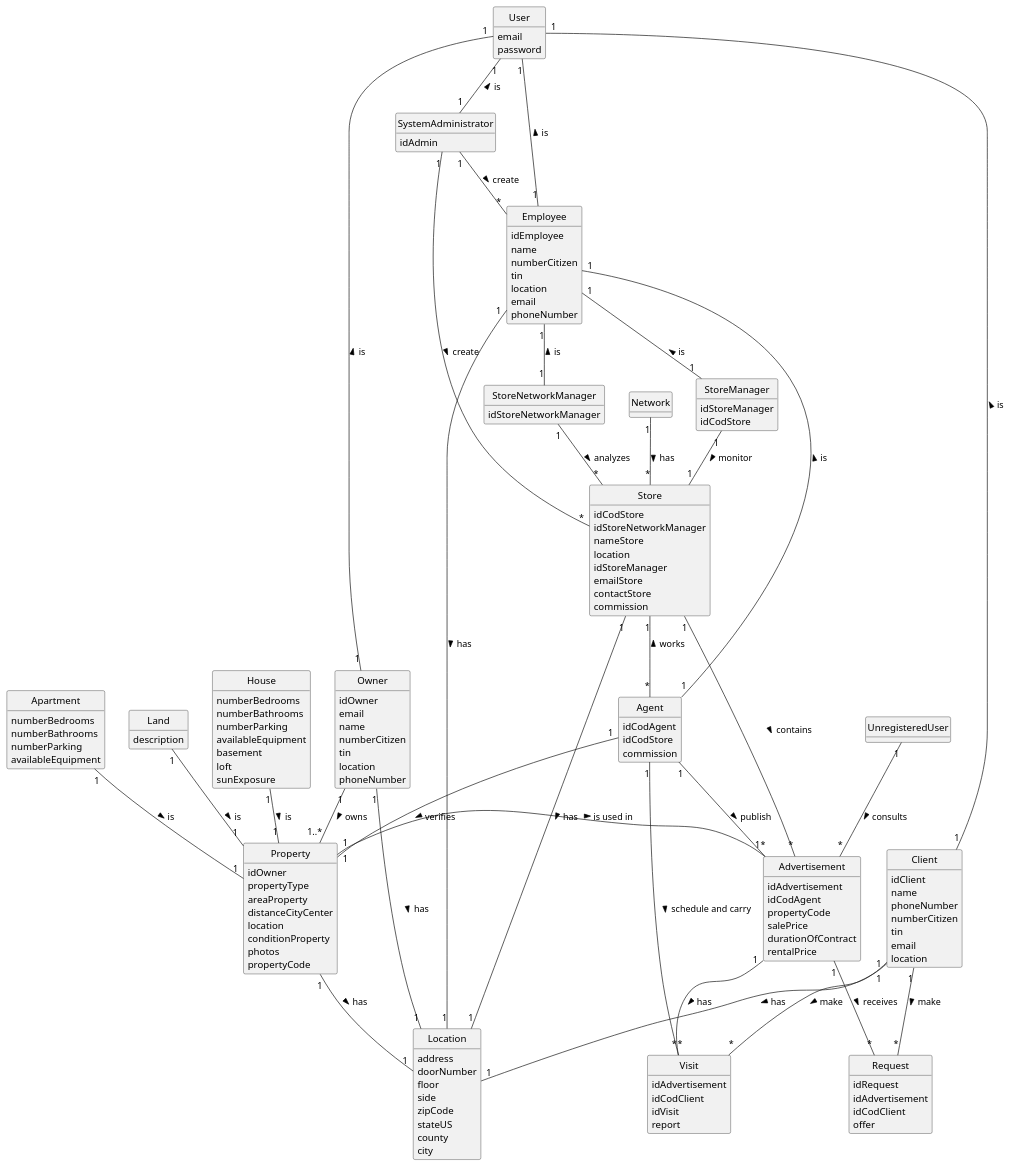
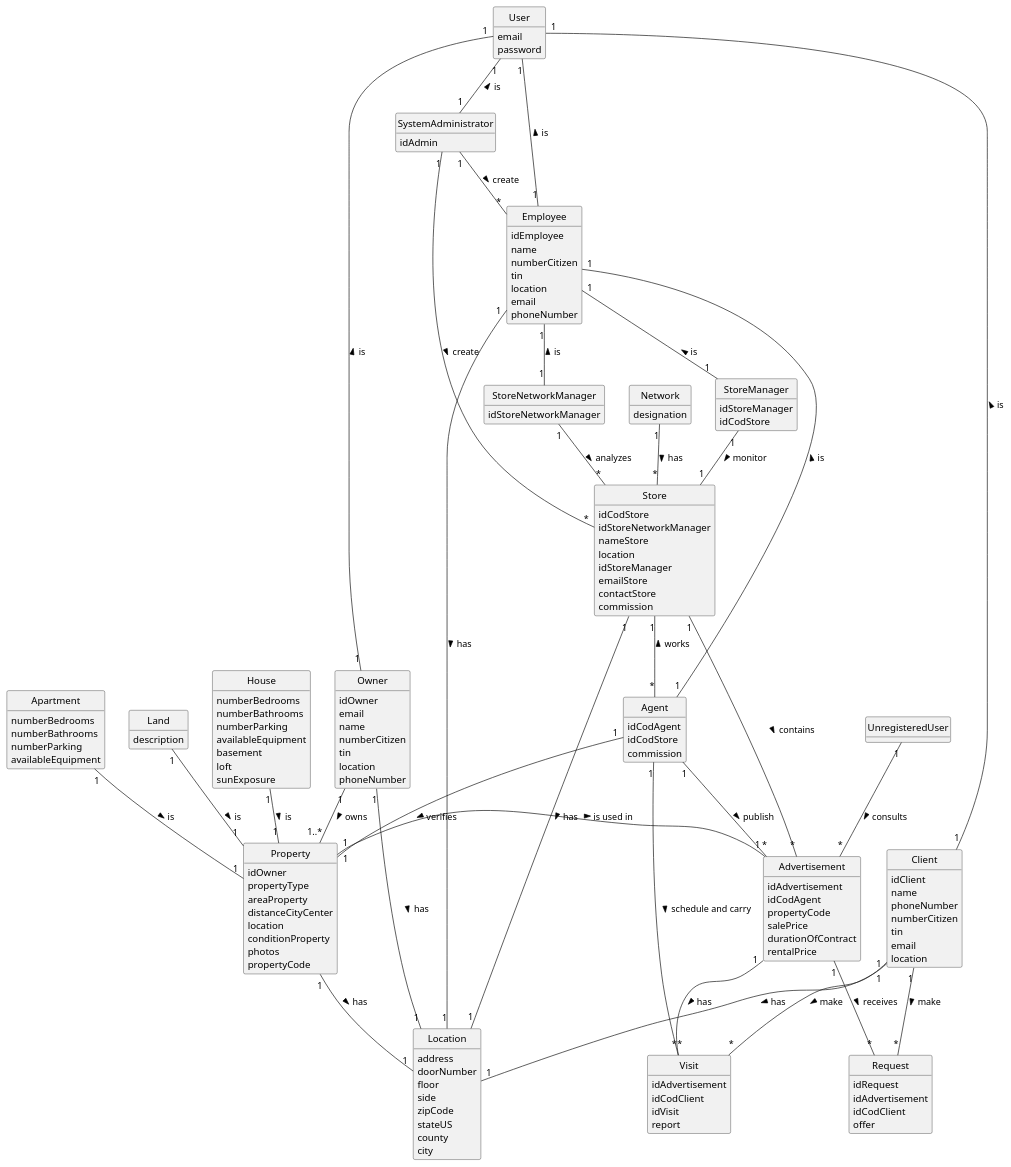
Before and after one commit to PEDROMOREIRA45/lei-23-s2-1dg-g31: the diagram in docs/sprintA/global-artifacts/02.analysis/puml/project-domain-model.puml, drawn with PlantUML. The commit also changed 1 other file, not shown here.

```diff
--- a/docs/sprintA/global-artifacts/02.analysis/puml/project-domain-model.puml
+++ b/docs/sprintA/global-artifacts/02.analysis/puml/project-domain-model.puml
@@ -1,177 +1,179 @@
 @startuml
 'https://plantuml.com/class-diagram
 skinparam monochrome true
 skinparam packageStyle rectangle
 skinparam shadowing false
 hide circle
 hide methods
 
-class Network
+class Network{
+    designation
+}
 
 class Employee{
     idEmployee
     name
     numberCitizen
     tin
     location
     email
     phoneNumber
 }
 
 class Client {
     idClient
     name
     phoneNumber
     numberCitizen
     tin
     email
     location
 }
 
 class Owner {
     idOwner
     email
     name
     numberCitizen
     tin
     location
     phoneNumber
 }
 
 class Agent {
     idCodAgent
     idCodStore
     commission
 }
 
 class Advertisement {
     idAdvertisement
     idCodAgent
     propertyCode
     salePrice
     durationOfContract
     rentalPrice
 }
 
 class Property{
     idOwner
     propertyType
     areaProperty
     distanceCityCenter
     location
     conditionProperty
     photos
     propertyCode
 }
 
 class House {
     numberBedrooms
     numberBathrooms
     numberParking
     availableEquipment
     basement
     loft
     sunExposure
 }
 
 class Apartment{
     numberBedrooms
     numberBathrooms
     numberParking
     availableEquipment
 }
 
 class Land{
     description
 }
 
 class Store{
     idCodStore
     idStoreNetworkManager
     nameStore
     location
     idStoreManager
     emailStore
     contactStore
     commission
 }
 
 class Visit{
     idAdvertisement
     idCodClient
     idVisit
     report
 }
 
 class Location {
     address
     doorNumber
     floor
     side
     zipCode
     stateUS
     county
     city
 }
 
 class StoreManager {
     idStoreManager
     idCodStore
 }
 
 class StoreNetworkManager {
     idStoreNetworkManager
 }
 
 class Request{
     idRequest
     idAdvertisement
     idCodClient
     offer
 }
 
 class User{
     email
     password
 }
 
 class SystemAdministrator{
     idAdmin
 }
 
 class UnregisteredUser
 
 Owner "1" -- "1..*" Property: owns >
 Agent "1" -- "*" Advertisement: publish >
 House "1" -- "1" Property: is >
 Apartment "1" -- "1" Property: is >
 Land "1" -- "1"  Property: is >
 Store "1" -- "*" Agent: works <
 StoreManager "1" -- "1" Store:  monitor >
 Property "1" -- "1" Location: has >
 StoreNetworkManager "1" -- "*" Store:  analyzes >
 Employee "1" -- "1" Agent: is <
 Employee "1" -- "1" StoreManager: is <
 Employee "1" -- "1" StoreNetworkManager: is <
 Advertisement"1" -- "*"Request: receives >
 Client"1" -- "*"Request: make >
 Store"1" -- "1"Location: has >
 Advertisement "1" -- "*" Visit: has >
 Client "1" -- "*" Visit: make >
 Agent "1" -- "*" Visit: schedule and carry >
 User "1" -- "1" Employee: is <
 User "1" -- "1" Owner: is <
 User "1" -- "1" Client: is <
 Property "1" - "1" Advertisement: is used in >
 Client "1" -- "1" Location: has >
 Employee "1" -- "1" Location: has >
 Owner "1" -- "1" Location: has >
 Agent "1" -- "1" Property: verifies >
 Store "1" -- "*" Advertisement: contains >
 UnregisteredUser "1" -- "*" Advertisement: consults >
 SystemAdministrator "1" -- "*" Store: create >
 SystemAdministrator "1" -- "*" Employee: create >
 User "1" -- "1" SystemAdministrator: is <
 Network "1" -- "*" Store: has >
 
 @enduml
```
